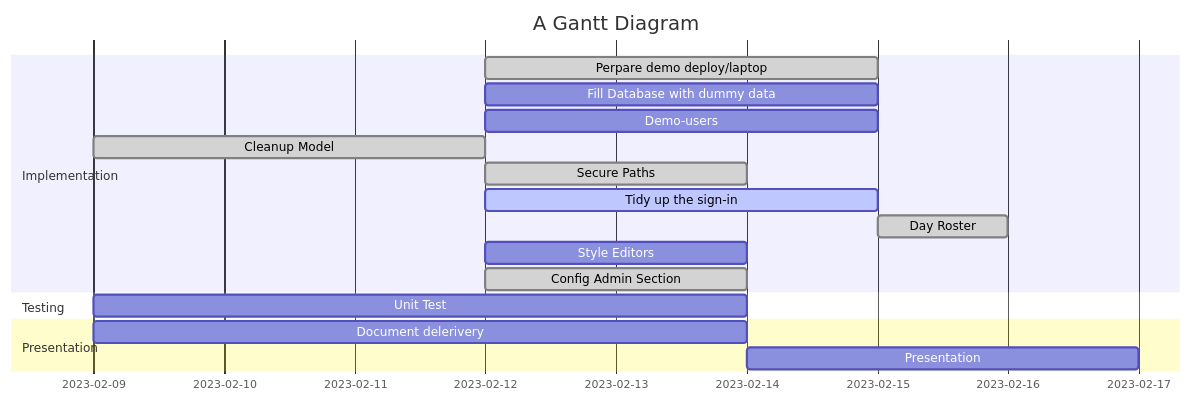
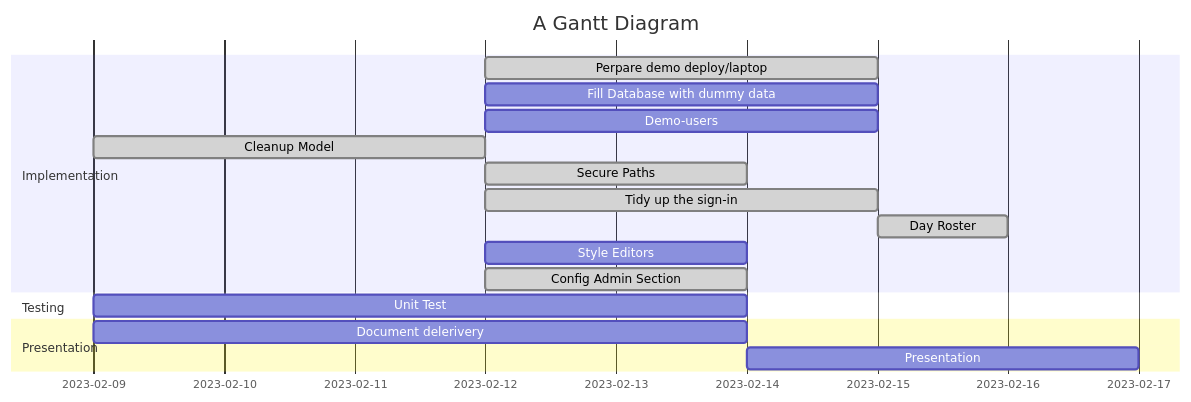
One commit to Zsolt821201/iDentity-ml-fyp-py changed the diagram in docs/diagrams/gantt-diagram.mmd. Above: the diagram before and after it, drawn with Mermaid. The commit also changed 6 other files, not shown here.

Commit message:
auto sign in / out done

```diff
--- a/docs/diagrams/gantt-diagram.mmd
+++ b/docs/diagrams/gantt-diagram.mmd
@@ -1,18 +1,18 @@
 gantt
     title A Gantt Diagram
     dateFormat  YYYY-MM-DD
     section Implementation
       Perpare demo deploy/laptop :done, a2, after a1  , 3d
       Fill Database with dummy data: after a1  , 3d
       Demo-users :after a1  , 3d
       Cleanup Model    :done, a1, 2023-02-09, 3d
       Secure Paths    :done,after a1  , 2d
-      Tidy up the sign-in     :active, after a1  , 3d
+      Tidy up the sign-in     :done, after a1  , 3d
       Day Roster     :done,a3, after a2  , 1d
       Style Editors     :after a1  , 2d
       Config Admin Section     :done, after a1  , 2d
     section Testing
       Unit Test      :2023-02-09  , 5d
     section Presentation
       Document delerivery :2023-02-09  , 5d
       Presentation      : 3d
```
